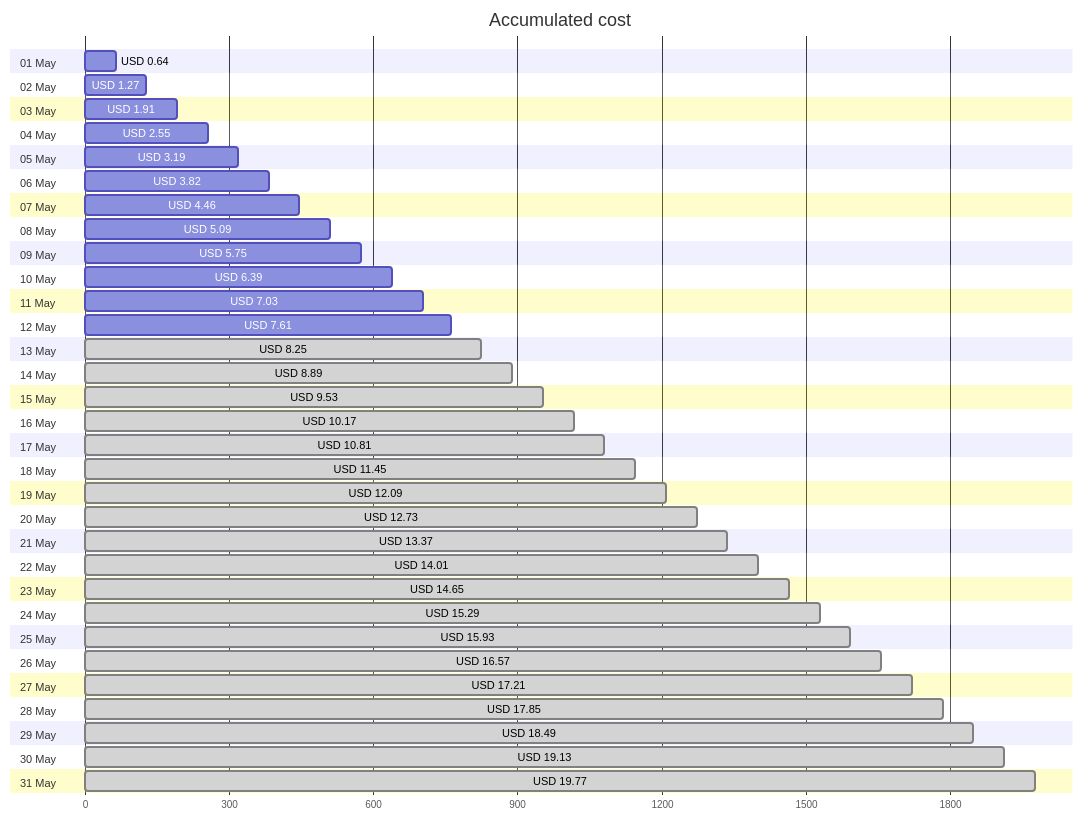
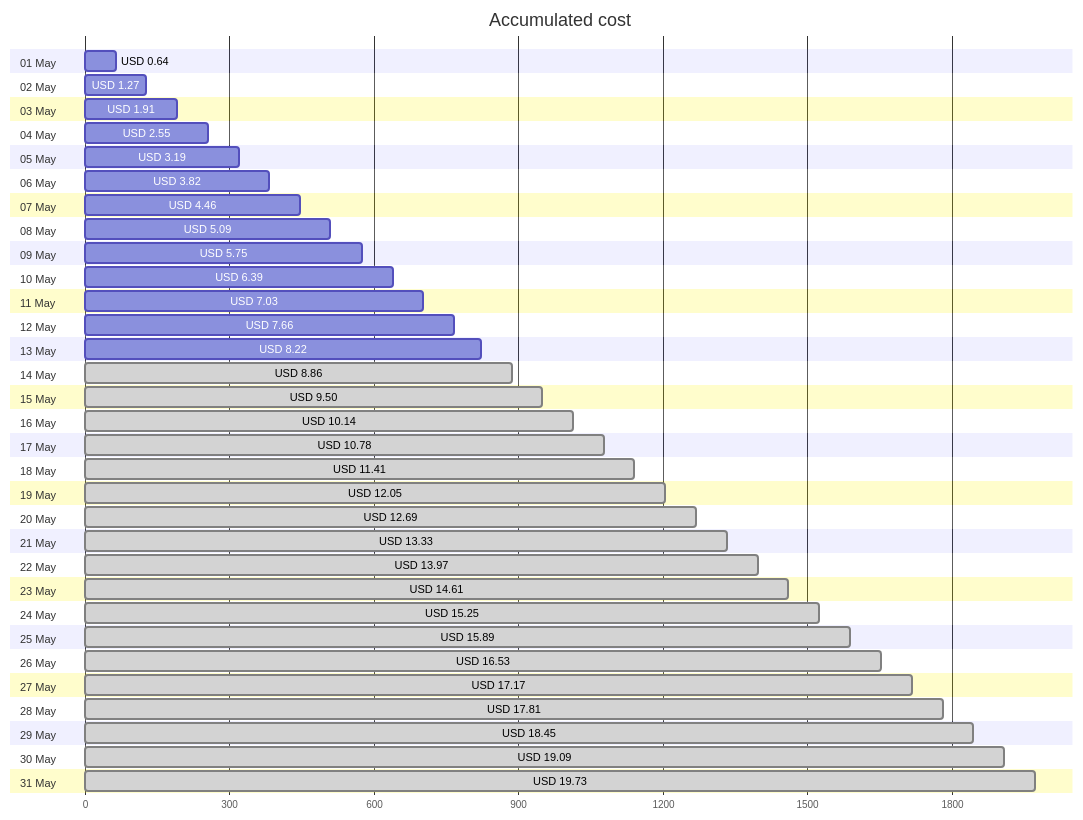
Before and after one commit to jpfulton/azure-personal-reports: the first of 4 diagrams in cost-reports/accumulated-cost.md, drawn with Mermaid. The commit also changed other lines of this file and 4 other files, not shown here.

````diff
--- a/cost-reports/accumulated-cost.md
+++ b/cost-reports/accumulated-cost.md
@@ -20,68 +20,68 @@
 ```mermaid
 gantt
    title Accumulated cost
    dateFormat  X
    axisFormat %s
    section 01 May
    USD 0.64 :0, 64
    section 02 May
    USD 1.27 :0, 127
    section 03 May
    USD 1.91 :0, 191
    section 04 May
    USD 2.55 :0, 255
    section 05 May
    USD 3.19 :0, 319
    section 06 May
    USD 3.82 :0, 382
    section 07 May
    USD 4.46 :0, 446
    section 08 May
    USD 5.09 :0, 509
    section 09 May
    USD 5.75 :0, 575
    section 10 May
    USD 6.39 :0, 639
    section 11 May
    USD 7.03 :0, 703
    section 12 May
-   USD 7.61 :0, 761
+   USD 7.66 :0, 766
    section 13 May
-   USD 8.25 : done, 0, 825
+   USD 8.22 :0, 822
    section 14 May
-   USD 8.89 : done, 0, 889
+   USD 8.86 : done, 0, 886
    section 15 May
-   USD 9.53 : done, 0, 953
+   USD 9.50 : done, 0, 950
    section 16 May
-   USD 10.17 : done, 0, 1017
+   USD 10.14 : done, 0, 1014
    section 17 May
-   USD 10.81 : done, 0, 1081
+   USD 10.78 : done, 0, 1078
    section 18 May
-   USD 11.45 : done, 0, 1145
+   USD 11.41 : done, 0, 1141
    section 19 May
-   USD 12.09 : done, 0, 1209
+   USD 12.05 : done, 0, 1205
    section 20 May
-   USD 12.73 : done, 0, 1273
+   USD 12.69 : done, 0, 1269
    section 21 May
-   USD 13.37 : done, 0, 1337
+   USD 13.33 : done, 0, 1333
    section 22 May
-   USD 14.01 : done, 0, 1401
+   USD 13.97 : done, 0, 1397
    section 23 May
-   USD 14.65 : done, 0, 1465
+   USD 14.61 : done, 0, 1461
    section 24 May
-   USD 15.29 : done, 0, 1529
+   USD 15.25 : done, 0, 1525
    section 25 May
-   USD 15.93 : done, 0, 1593
+   USD 15.89 : done, 0, 1589
    section 26 May
-   USD 16.57 : done, 0, 1657
+   USD 16.53 : done, 0, 1653
    section 27 May
-   USD 17.21 : done, 0, 1721
+   USD 17.17 : done, 0, 1717
    section 28 May
-   USD 17.85 : done, 0, 1785
+   USD 17.81 : done, 0, 1781
    section 29 May
-   USD 18.49 : done, 0, 1849
+   USD 18.45 : done, 0, 1845
    section 30 May
-   USD 19.13 : done, 0, 1913
+   USD 19.09 : done, 0, 1909
    section 31 May
-   USD 19.77 : done, 0, 1977
+   USD 19.73 : done, 0, 1973
 ```
````
